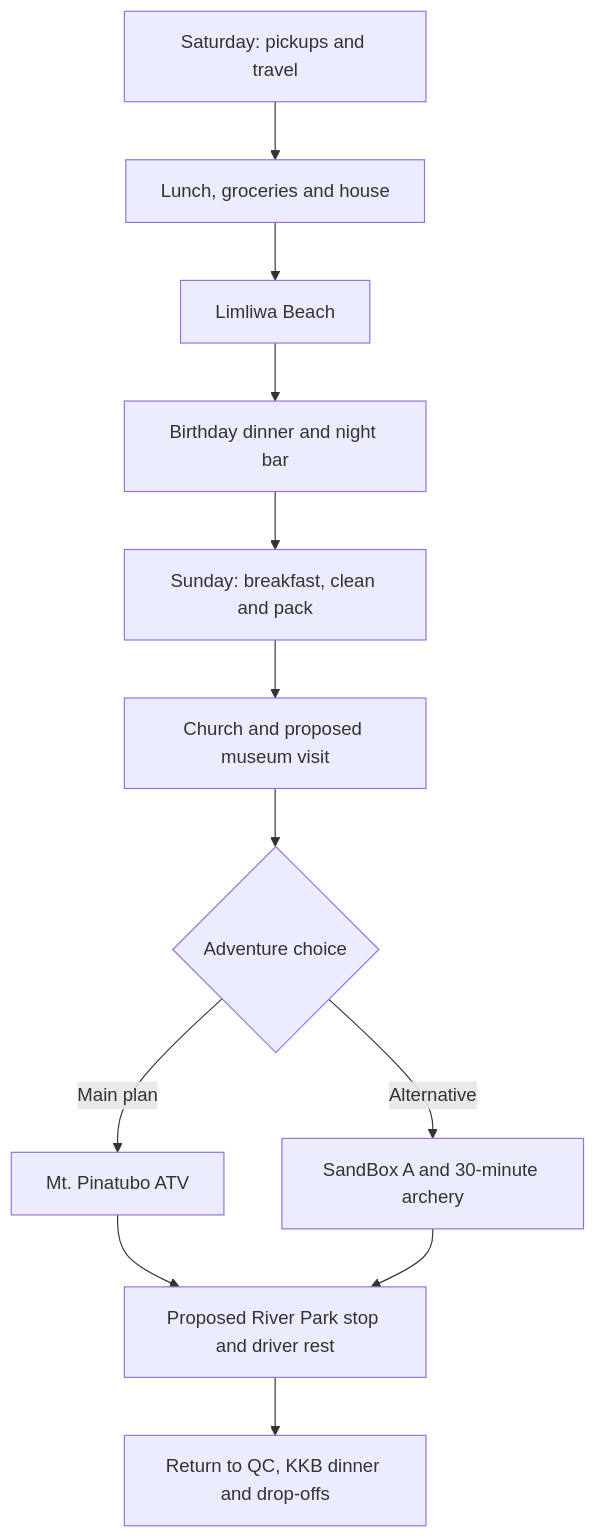
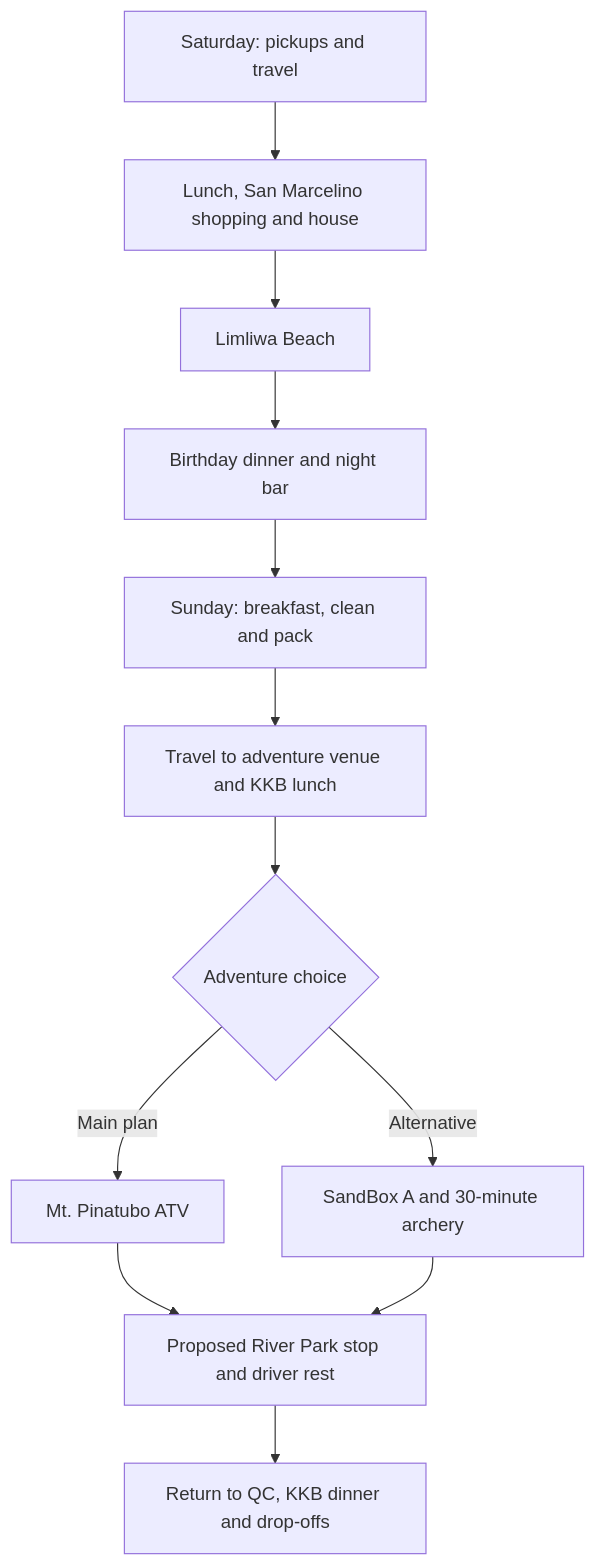
Before and after one commit to itsmcliam/Birthday-Plan: the diagram in assets/trip-flow.mmd, drawn with Mermaid. The commit also changed 4 other files, not shown here.

Commit message:
Revise Sunday activities, add San Marcelino shopping and pending lunch venues

```diff
--- a/assets/trip-flow.mmd
+++ b/assets/trip-flow.mmd
@@ -1,12 +1,12 @@
 flowchart TD
-    A["Saturday: pickups and travel"] --> B["Lunch, groceries and house"]
+    A["Saturday: pickups and travel"] --> B["Lunch, San Marcelino shopping and house"]
     B --> C["Limliwa Beach"]
     C --> D["Birthday dinner and night bar"]
     D --> E["Sunday: breakfast, clean and pack"]
-    E --> F["Church and proposed museum visit"]
+    E --> F["Travel to adventure venue and KKB lunch"]
     F --> G{"Adventure choice"}
     G -->|"Main plan"| H["Mt. Pinatubo ATV"]
     G -->|"Alternative"| I["SandBox A and 30-minute archery"]
     H --> J["Proposed River Park stop and driver rest"]
     I --> J
     J --> K["Return to QC, KKB dinner and drop-offs"]
```
